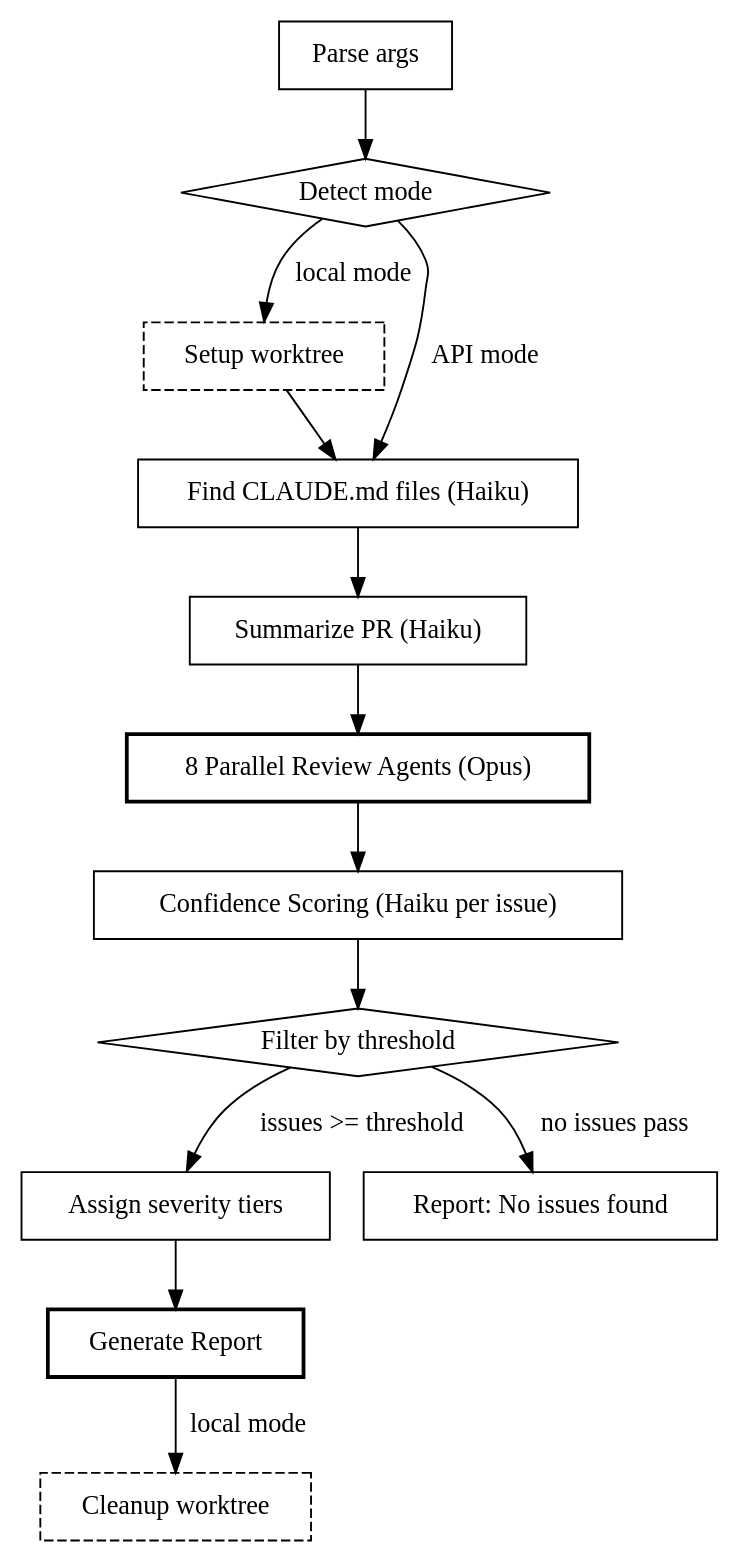
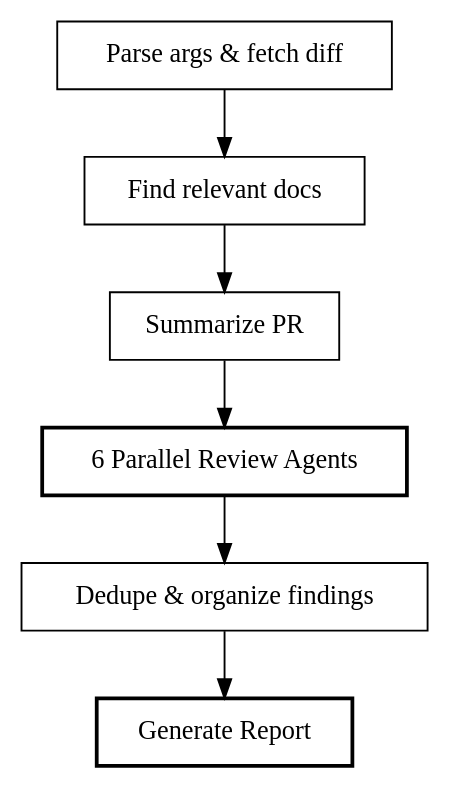
Before and after one commit to ronsanzone/claude-essentials: the diagram in .claude/skills/pr-review/SKILL.md, drawn with Graphviz. The commit also changed other lines of this file and 1 other file, not shown here.

Commit message:
Update pr-review.

````diff
--- a/.claude/skills/pr-review/SKILL.md
+++ b/.claude/skills/pr-review/SKILL.md
@@ -52,31 +48,18 @@
 ```graphviz
 digraph pr_review {
     rankdir=TB;
 
-    "Parse args" [shape=box];
-    "Detect mode" [shape=diamond];
-    "Setup worktree" [shape=box, style=dashed];
-    "Find CLAUDE.md files (Haiku)" [shape=box];
-    "Summarize PR (Haiku)" [shape=box];
-    "8 Parallel Review Agents (Opus)" [shape=box, style=bold];
-    "Confidence Scoring (Haiku per issue)" [shape=box];
-    "Filter by threshold" [shape=diamond];
-    "Assign severity tiers" [shape=box];
+    "Parse args & fetch diff" [shape=box];
+    "Find relevant docs" [shape=box];
+    "Summarize PR" [shape=box];
+    "6 Parallel Review Agents" [shape=box, style=bold];
+    "Dedupe & organize findings" [shape=box];
     "Generate Report" [shape=box, style=bold];
-    "Cleanup worktree" [shape=box, style=dashed];
-    "Report: No issues found" [shape=box];
 
-    "Parse args" -> "Detect mode";
-    "Detect mode" -> "Setup worktree" [label="local mode"];
-    "Detect mode" -> "Find CLAUDE.md files (Haiku)" [label="API mode"];
-    "Setup worktree" -> "Find CLAUDE.md files (Haiku)";
-    "Find CLAUDE.md files (Haiku)" -> "Summarize PR (Haiku)";
-    "Summarize PR (Haiku)" -> "8 Parallel Review Agents (Opus)";
-    "8 Parallel Review Agents (Opus)" -> "Confidence Scoring (Haiku per issue)";
-    "Confidence Scoring (Haiku per issue)" -> "Filter by threshold";
-    "Filter by threshold" -> "Assign severity tiers" [label="issues >= threshold"];
-    "Filter by threshold" -> "Report: No issues found" [label="no issues pass"];
-    "Assign severity tiers" -> "Generate Report";
-    "Generate Report" -> "Cleanup worktree" [label="local mode"];
+    "Parse args & fetch diff" -> "Find relevant docs";
+    "Find relevant docs" -> "Summarize PR";
+    "Summarize PR" -> "6 Parallel Review Agents";
+    "6 Parallel Review Agents" -> "Dedupe & organize findings";
+    "Dedupe & organize findings" -> "Generate Report";
 }
 ```
````
